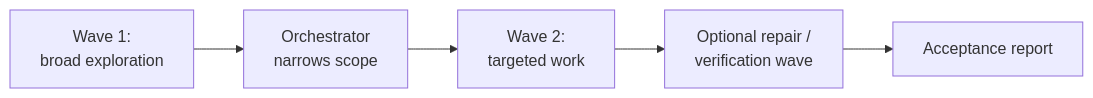
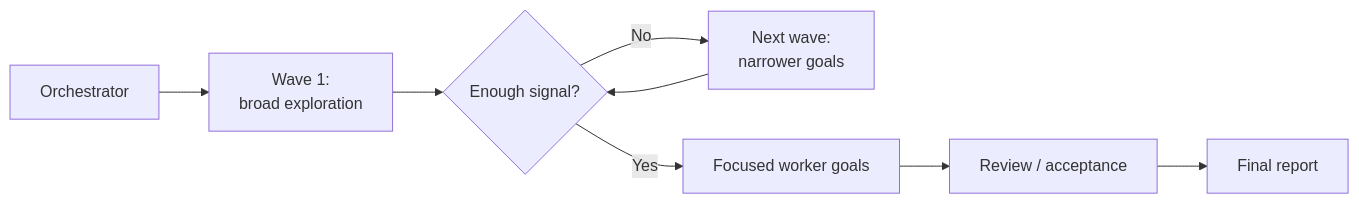
The third of 4 diagrams in README.md (patrick-fu/parallel-goal-workflows), drawn with Mermaid before and after one commit. The commit also changed other lines of this file and 1 other file, not shown here.

First line of the commit message:
Simplify standalone workflow shape diagrams

````diff
--- a/README.md
+++ b/README.md
@@ -125,7 +105,10 @@
 ```mermaid
 flowchart LR
-  A["Wave 1:<br/>broad exploration"] --> B["Orchestrator<br/>narrows scope"]
-  B --> C["Wave 2:<br/>targeted work"]
-  C --> D["Optional repair /<br/>verification wave"]
-  D --> E["Acceptance report"]
+  O["Orchestrator"] --> Explore["Wave 1:<br/>broad exploration"]
+  Explore --> Decision{"Enough signal?"}
+  Decision -- "No" --> Narrow["Next wave:<br/>narrower goals"]
+  Narrow --> Decision
+  Decision -- "Yes" --> Focus["Focused worker goals"]
+  Focus --> Review["Review / acceptance"]
+  Review --> Report["Final report"]
 ```
````
